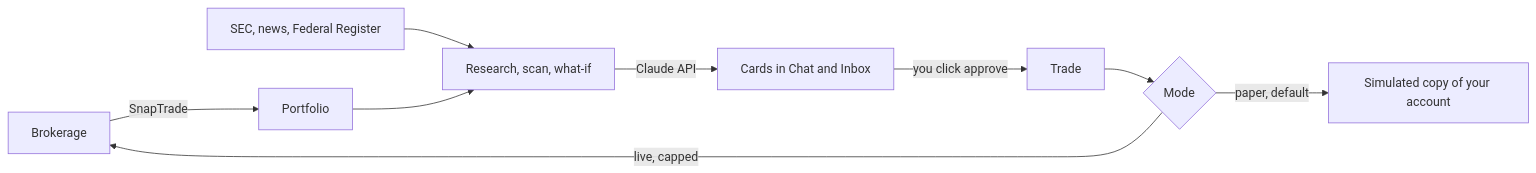
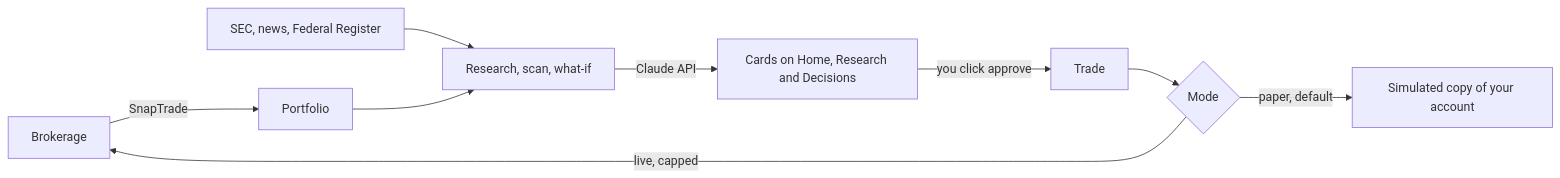
The diagram in README.md (maurya-65/atlas), drawn with Mermaid before and after one commit. The commit also changed other lines of this file and 1 other file, not shown here.

````diff
--- a/README.md
+++ b/README.md
@@ -20,11 +20,11 @@
 ```mermaid
 flowchart LR
   B[Brokerage] -->|SnapTrade| P[Portfolio]
   S[SEC, news, Federal Register] --> R[Research, scan, what-if]
   P --> R
-  R -->|Claude API| C[Cards in Chat and Inbox]
+  R -->|Claude API| C[Cards on Home, Research and Decisions]
   C -->|you click approve| T[Trade]
   T --> M{Mode}
   M -->|paper, default| X[Simulated copy of your account]
   M -->|live, capped| B
 ```
````
